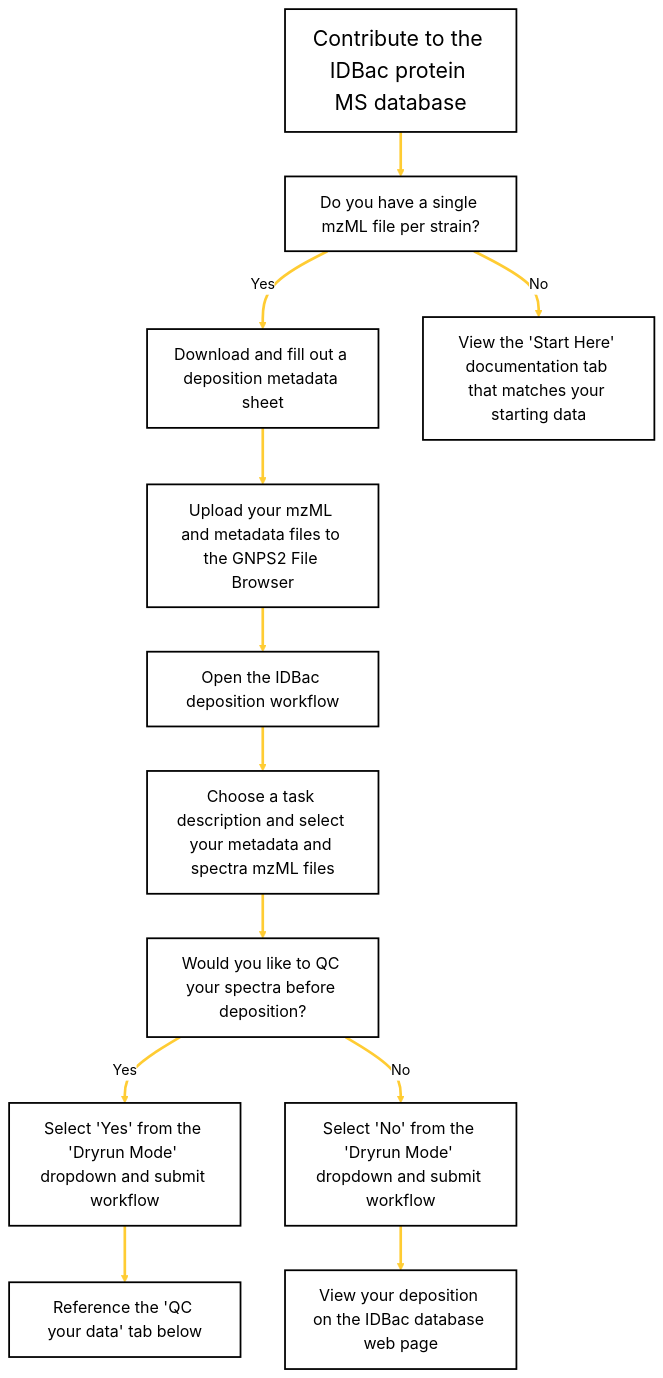
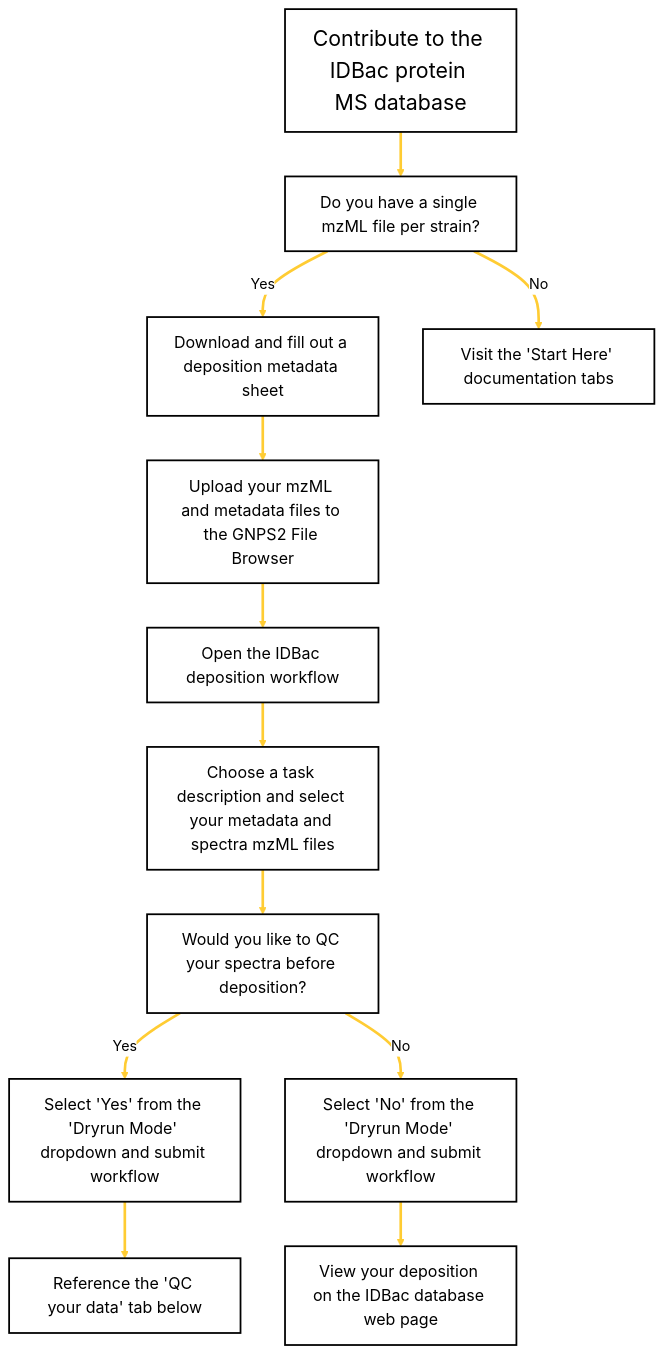
The diagram in docs/idbacdepositions.md (Wang-Bioinformatics-Lab/GNPS2_Documentation), drawn with Mermaid (neutral theme) before and after one commit.

````diff
--- a/docs/idbacdepositions.md
+++ b/docs/idbacdepositions.md
@@ -13,50 +13,50 @@
 ```mermaid
 flowchart TD
     A[Contribute to the IDBac protein MS database] --> B[Do you have a single mzML file per strain?]
     B -->|Yes| C[Download and fill out a deposition metadata sheet]
-    B -->|No| D[View the 'Start Here' documentation tab that matches your starting data]
+    B -->|No| D[Visit the 'Start Here' documentation tabs]
     C --> E[Upload your mzML and metadata files to the GNPS2 File Browser]
     E --> F[Open the IDBac deposition workflow]
     F --> G[Choose a task description and select your metadata and spectra mzML files]
     G --> H[Would you like to QC your spectra before deposition?]
     H --> |Yes| I[Select 'Yes' from the 'Dryrun Mode' dropdown and submit workflow]
     H --> |No| J[Select 'No' from the 'Dryrun Mode' dropdown and submit workflow]
     J --> K[View your deposition on the IDBac database web page]
     I --> L[Reference the 'QC your data' tab below]
    
     click C href "https://docs.google.com/spreadsheets/d/1yKsZ2FEw8-cWufvY8l31Ju8NTKujmEtb/edit?usp=sharing&ouid=102573514213912402103&rtpof=true&sd=true"
     click E href "https://gnps2.org/homepage"
     click F href "https://gnps2.org/workflowinput?workflowname=idbacdeposition_workflow"
     click K href "https://idbac.org/database"
 
 
  %% Styling
     style A fill:#FFFFFF,stroke:#000000,stroke-width:2px,font-size:24px
     style B fill:#FFFFFF,stroke:#000000,stroke-width:2px,font-size:18px
     style C fill:#FFFFFF,stroke:#000000,stroke-width:2px,font-size:18px
     style D fill:#FFFFFF,stroke:#000000,stroke-width:2px,font-size:18px
     style E fill:#FFFFFF,stroke:#000000,stroke-width:2px,font-size:18px
     style F fill:#FFFFFF,stroke:#000000,stroke-width:2px,font-size:18px
     style G fill:#FFFFFF,stroke:#000000,stroke-width:2px,font-size:18px
     style H fill:#FFFFFF,stroke:#000000,stroke-width:2px,font-size:18px
     style I fill:#FFFFFF,stroke:#000000,stroke-width:2px,font-size:18px
     style J fill:#FFFFFF,stroke:#000000,stroke-width:2px,font-size:18px
     style K fill:#FFFFFF,stroke:#000000,stroke-width:2px,font-size:18px
     style L fill:#FFFFFF,stroke:#000000,stroke-width:2px,font-size:18px 
 
 %% Link Styling
     linkStyle 0 stroke:#ffcc33,stroke-width:3px
     linkStyle 1 stroke:#ffcc33,stroke-width:3px
     linkStyle 2 stroke:#ffcc33,stroke-width:3px
     linkStyle 3 stroke:#ffcc33,stroke-width:3px
     linkStyle 4 stroke:#ffcc33,stroke-width:3px
     linkStyle 5 stroke:#ffcc33,stroke-width:3px
     linkStyle 6 stroke:#ffcc33,stroke-width:3px
     linkStyle 7 stroke:#ffcc33,stroke-width:3px
     linkStyle 8 stroke:#ffcc33,stroke-width:3px
     linkStyle 9 stroke:#ffcc33,stroke-width:3px
     linkStyle 10 stroke:#ffcc33,stroke-width:3px
     
    
 
 ```
````
